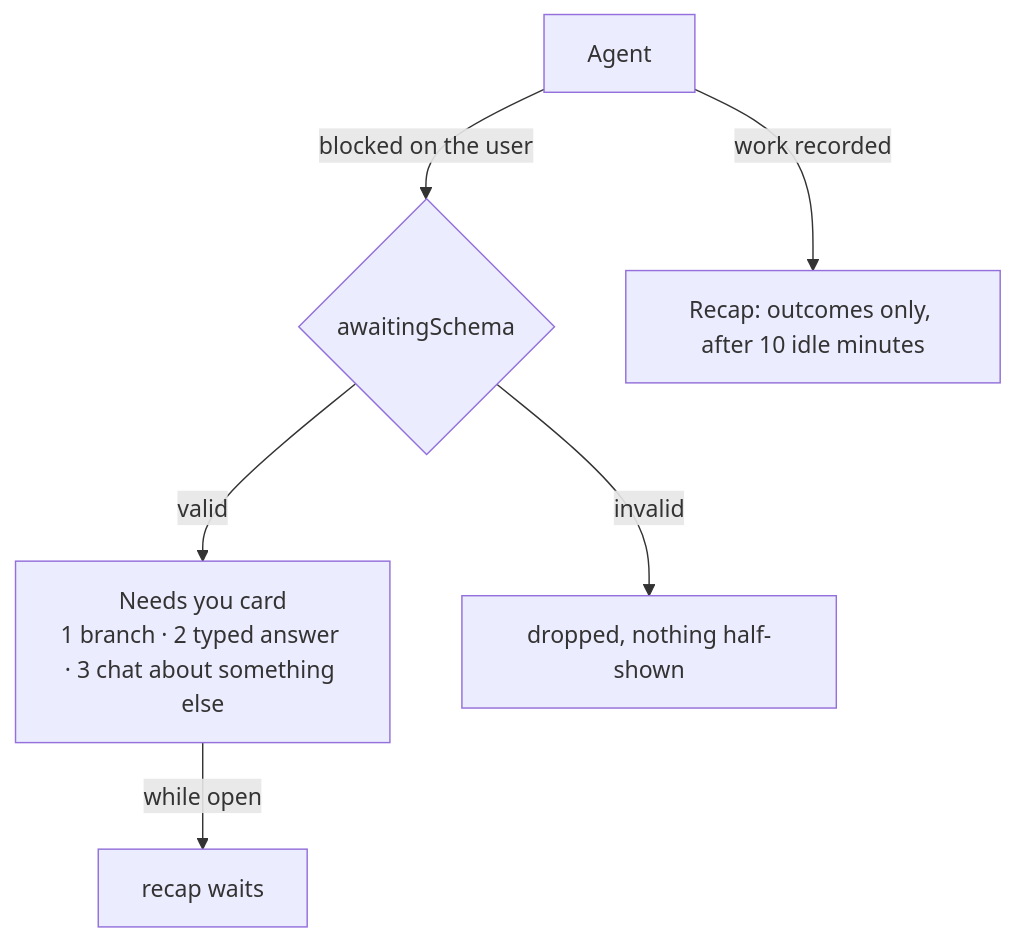
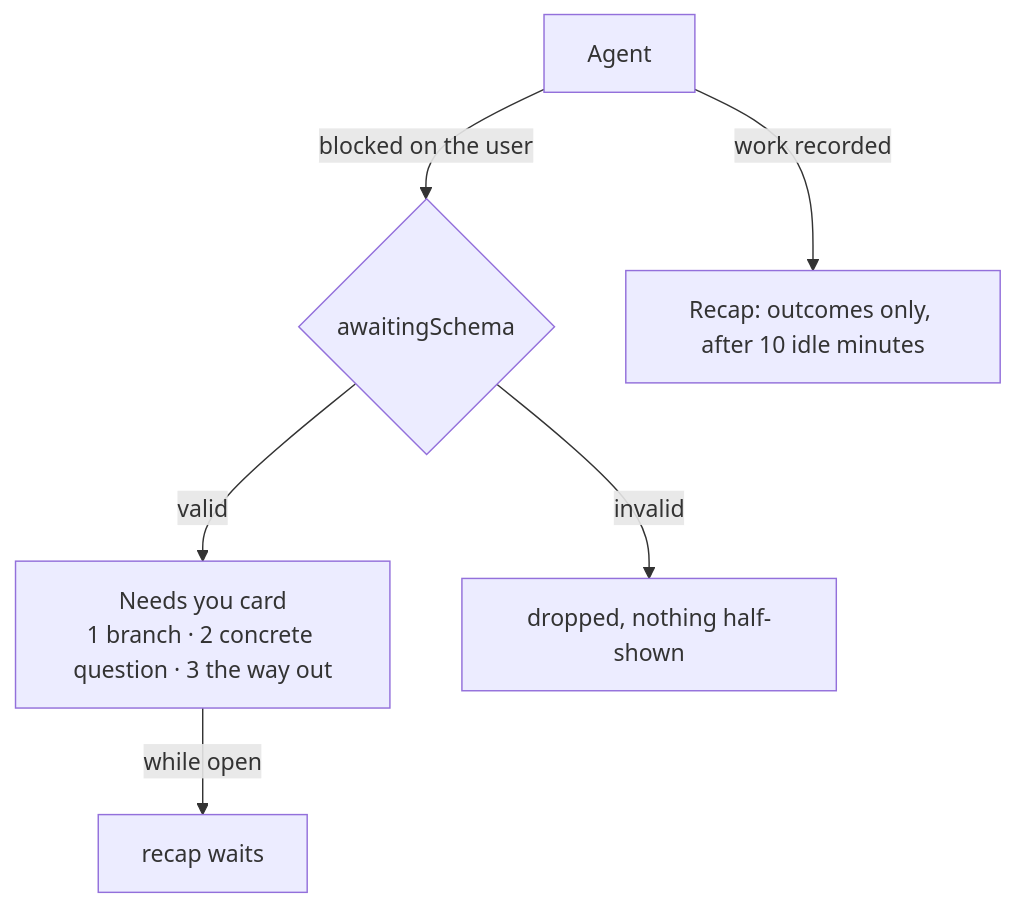
One commit to mite404/yaklabs changed the fifth of 5 diagrams in docs/FOR_ETHAN.md. Above: the diagram before and after it, drawn with Mermaid. The commit also changed other lines of this file and 1 other file, not shown here.

First line of the commit message:
docs: note the agent-worded way out in ADR-039 and log the vanished card

````diff
--- a/docs/FOR_ETHAN.md
+++ b/docs/FOR_ETHAN.md
@@ -252,8 +255,8 @@
 ```mermaid
 flowchart TD
   A[Agent] -->|blocked on the user| Q{awaitingSchema}
-  Q -->|valid| N["Needs you card<br/>1 branch · 2 typed answer · 3 chat about something else"]
+  Q -->|valid| N["Needs you card<br/>1 branch · 2 concrete question · 3 the way out"]
   Q -->|invalid| X[dropped, nothing half-shown]
   A -->|work recorded| R[Recap: outcomes only, after 10 idle minutes]
   N -->|while open| H[recap waits]
 ```
````
